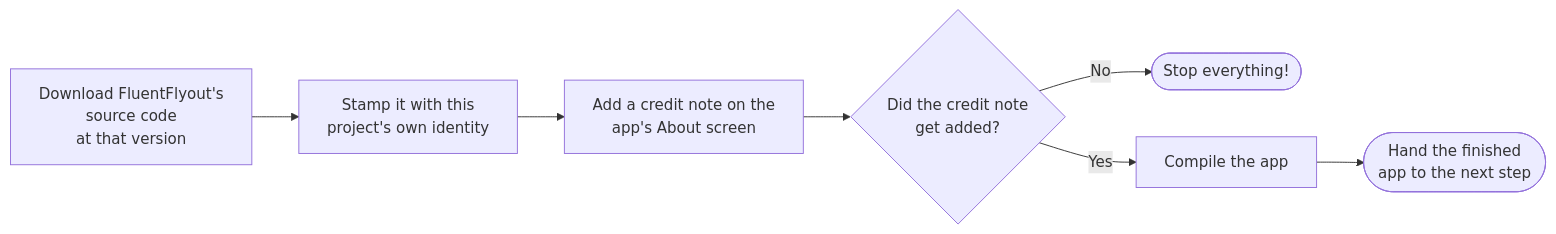
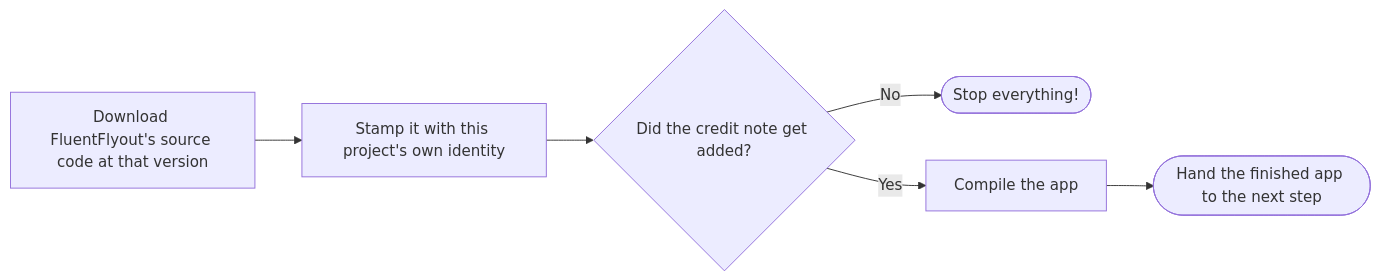
The second of 8 diagrams in docs/FluentFlyout Unofficial Publication Script Pipeline Flowchart.md (tanzim2000/fluentflyout-unofficial), drawn with Mermaid before and after one commit. The commit also changed other lines of this file, not shown here.

````diff
--- a/docs/FluentFlyout Unofficial Publication Script Pipeline Flowchart.md
+++ b/docs/FluentFlyout Unofficial Publication Script Pipeline Flowchart.md
@@ -27,9 +27,8 @@
 ```mermaid
 flowchart LR
-    A["Download FluentFlyout's<br/>source code<br/>at that version"] --> B["Stamp it with this<br/>project's own identity"]
-    B --> C["Add a credit note on the<br/>app's About screen"]
-    C --> D{"Did the credit note<br/>get added?"}
-    D -- "No" --> Fail(["Stop everything!"])
-    D -- "Yes" --> E["Compile the app"]
-    E --> F(["Hand the finished<br/>app to the next step"])
+    A["Download FluentFlyout's source code at that version"] --> B["Stamp it with this project's own identity"]
+    B --> C{"Did the credit note get added?"}
+    C -- "No" --> Fail(["Stop everything!"])
+    C -- "Yes" --> D["Compile the app"]
+    D --> E(["Hand the finished app to the next step"])
 ```
````
